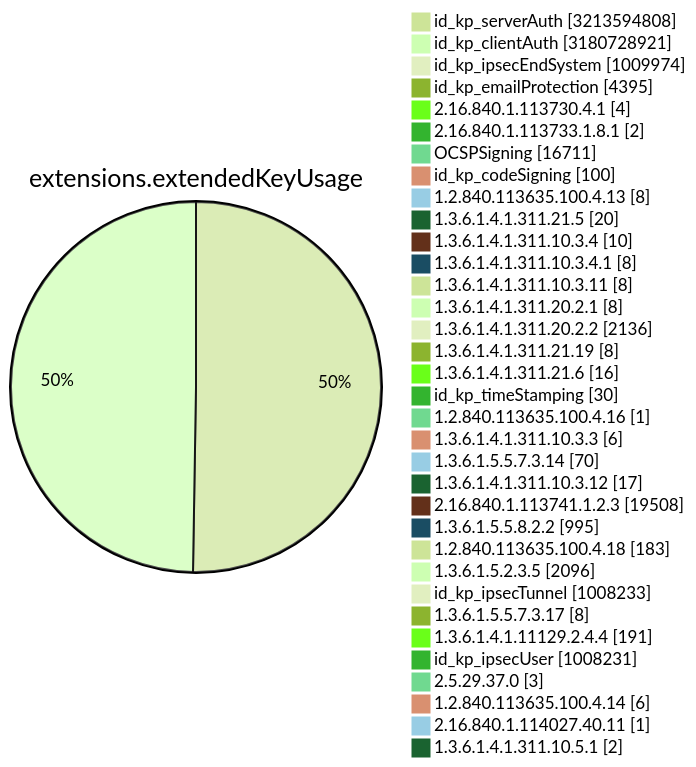
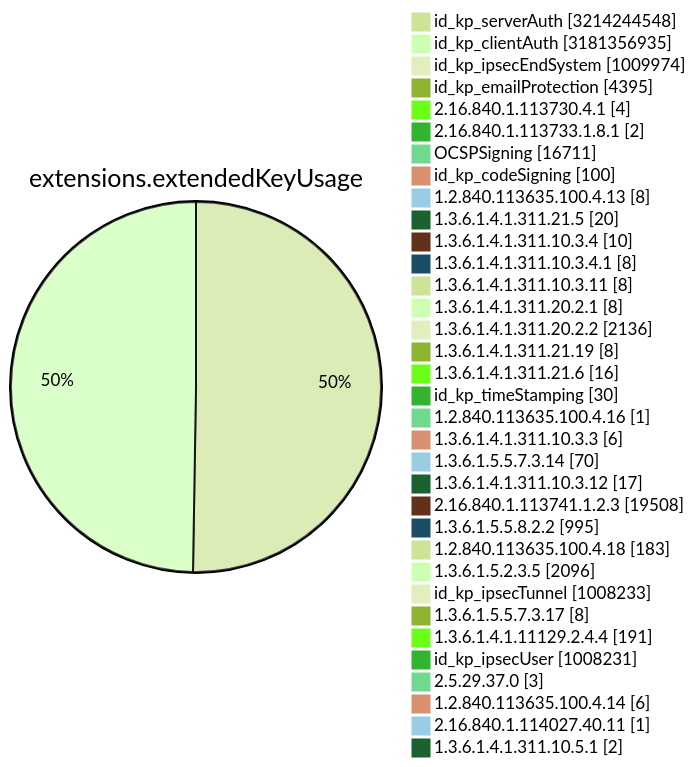
Diagram 11 of 15 in TOTAL/README.md (christiankrug/ctmonitor_visualization), drawn with Mermaid (forest theme) before and after one commit. The commit also changed other lines of this file, not shown here.

````diff
--- a/TOTAL/README.md
+++ b/TOTAL/README.md
@@ -4119,38 +4119,38 @@
 ```mermaid
 pie showData
 title extensions.extendedKeyUsage
-"id_kp_serverAuth" :3213594808
-"id_kp_clientAuth" :3180728921
+"id_kp_serverAuth" :3214244548
+"id_kp_clientAuth" :3181356935
 "id_kp_ipsecEndSystem" :1009974
 "id_kp_emailProtection" :4395
 "2.16.840.1.113730.4.1" :4
 "2.16.840.1.113733.1.8.1" :2
 "OCSPSigning" :16711
 "id_kp_codeSigning" :100
 "1.2.840.113635.100.4.13" :8
 "1.3.6.1.4.1.311.21.5" :20
 "1.3.6.1.4.1.311.10.3.4" :10
 "1.3.6.1.4.1.311.10.3.4.1" :8
 "1.3.6.1.4.1.311.10.3.11" :8
 "1.3.6.1.4.1.311.20.2.1" :8
 "1.3.6.1.4.1.311.20.2.2" :2136
 "1.3.6.1.4.1.311.21.19" :8
 "1.3.6.1.4.1.311.21.6" :16
 "id_kp_timeStamping" :30
 "1.2.840.113635.100.4.16" :1
 "1.3.6.1.4.1.311.10.3.3" :6
 "1.3.6.1.5.5.7.3.14" :70
 "1.3.6.1.4.1.311.10.3.12" :17
 "2.16.840.1.113741.1.2.3" :19508
 "1.3.6.1.5.5.8.2.2" :995
 "1.2.840.113635.100.4.18" :183
 "1.3.6.1.5.2.3.5" :2096
 "id_kp_ipsecTunnel" :1008233
 "1.3.6.1.5.5.7.3.17" :8
 "1.3.6.1.4.1.11129.2.4.4" :191
 "id_kp_ipsecUser" :1008231
 "2.5.29.37.0" :3
 "1.2.840.113635.100.4.14" :6
 "2.16.840.1.114027.40.11" :1
 "1.3.6.1.4.1.311.10.5.1" :2
 ```
````
